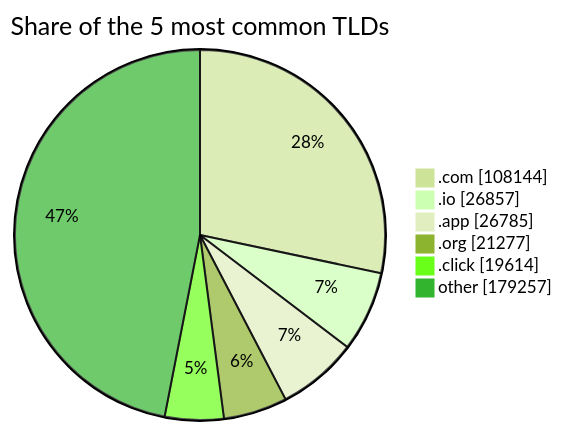
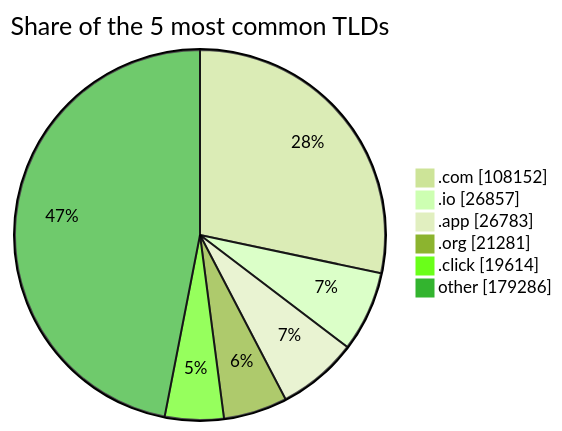
One commit to DNSBunker/CTI changed the third of 3 diagrams in README.md. Above: the diagram before and after it, drawn with Mermaid (forest theme). The commit also changed other lines of this file and 3 other files, not shown here.

````diff
--- a/README.md
+++ b/README.md
@@ -81,9 +81,9 @@
 ```mermaid
 pie showData title Share of the 5 most common TLDs
-    ".com" : 108144
+    ".com" : 108152
     ".io" : 26857
-    ".app" : 26785
-    ".org" : 21277
+    ".app" : 26783
+    ".org" : 21281
     ".click" : 19614
-    "other" : 179257
+    "other" : 179286
 ```
````
